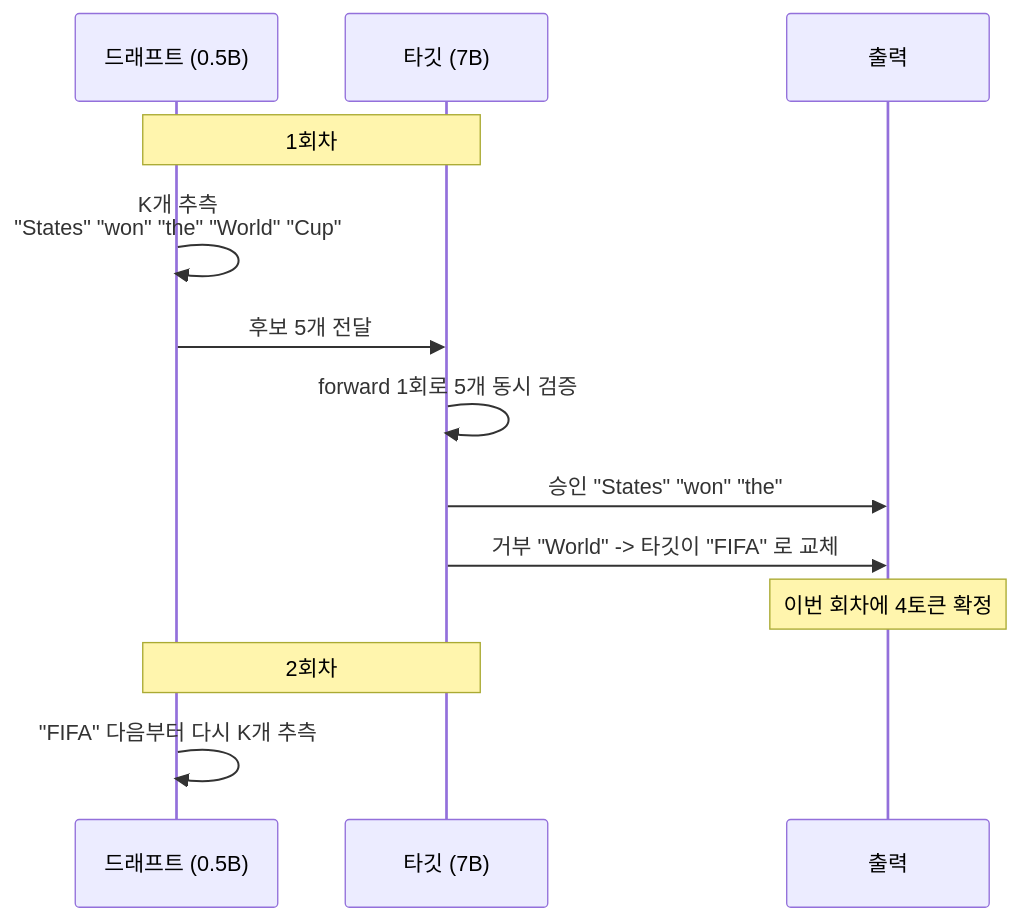
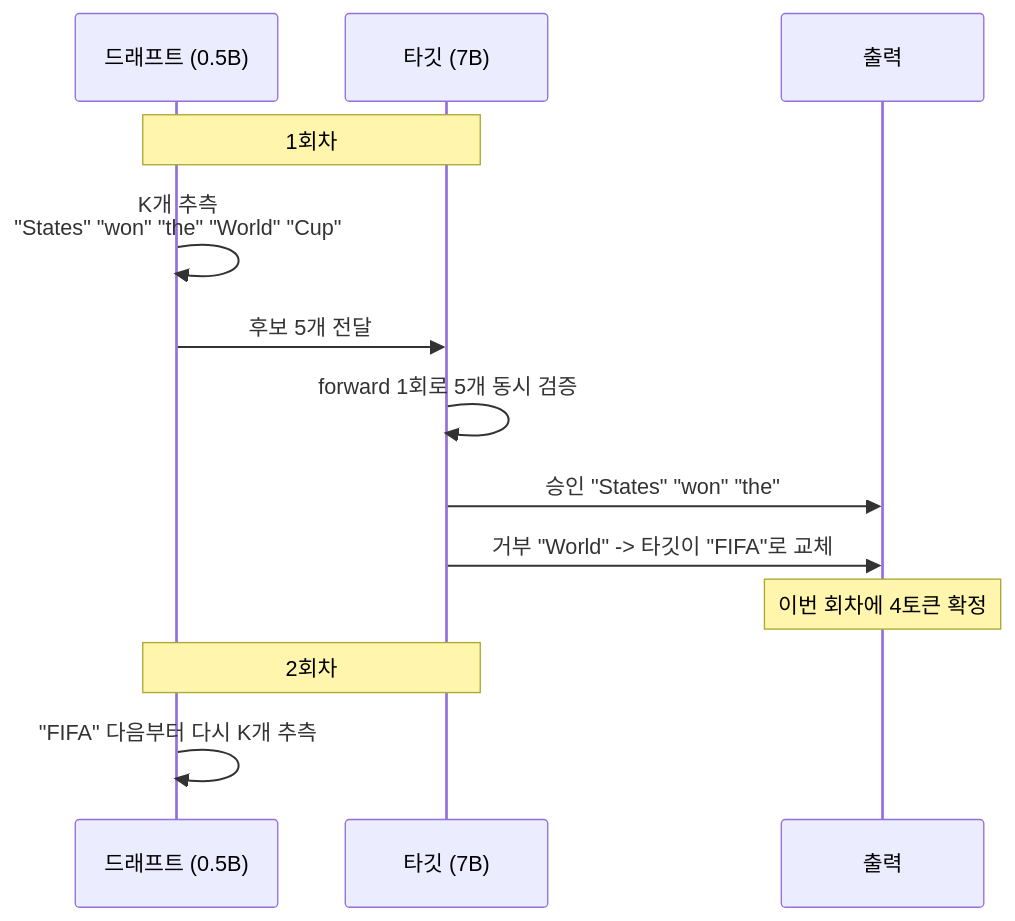
The first of 15 diagrams in blog/2026-08-23-llm-advanced-optimization.md (ddiiwoong/newblog), drawn with Mermaid before and after one commit. The commit also changed other lines of this file and 17 other files, not shown here.

````diff
--- a/blog/2026-08-23-llm-advanced-optimization.md
+++ b/blog/2026-08-23-llm-advanced-optimization.md
@@ -173,17 +173,17 @@
 ```mermaid
 sequenceDiagram
     participant D as 드래프트 (0.5B)
     participant T as 타깃 (7B)
     participant O as 출력
 
     Note over D,T: 1회차
     D->>D: K개 추측<br/>"States" "won" "the" "World" "Cup"
     D->>T: 후보 5개 전달
     T->>T: forward 1회로 5개 동시 검증
     T->>O: 승인 "States" "won" "the"
-    T->>O: 거부 "World" -> 타깃이 "FIFA" 로 교체
+    T->>O: 거부 "World" -> 타깃이 "FIFA"로 교체
     Note over O: 이번 회차에 4토큰 확정
 
     Note over D,T: 2회차
     D->>D: "FIFA" 다음부터 다시 K개 추측
 ```
````
